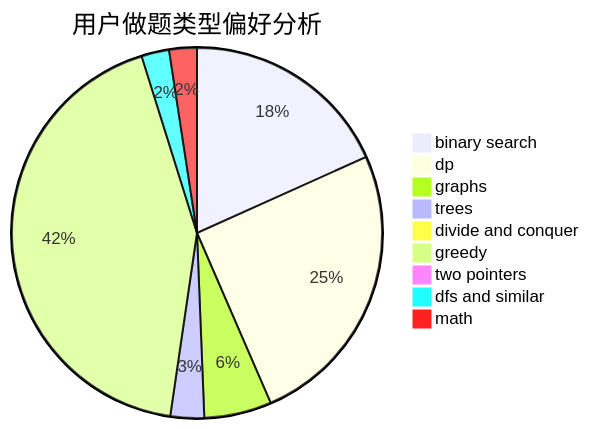
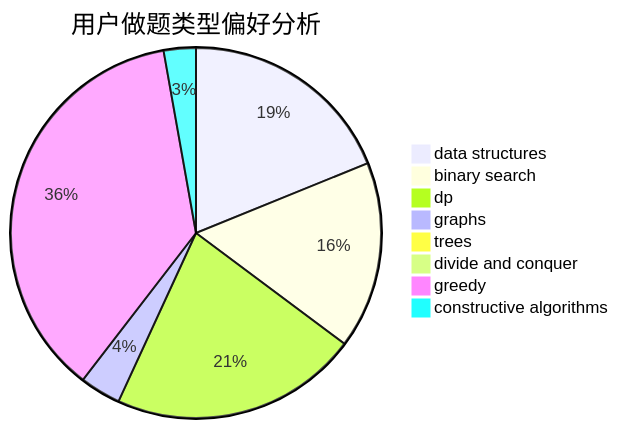
The second of 3 diagrams in docs/user/u2353.md (sherpahu/cfrs.github.io), drawn with Mermaid before and after one commit. The commit also changed other lines of this file and 2775 other files, not shown here.

````diff
--- a/docs/user/u2353.md
+++ b/docs/user/u2353.md
@@ -23,12 +23,11 @@
 ```mermaid
 pie title 用户做题类型偏好分析
-    "binary search" :  174
-    "dp" :  240
-    "graphs" :  56
-    "trees" :  28
-    "divide and conquer" :  8
-    "greedy" :  408
-    "two pointers" :  4
-    "dfs and similar" :  23
-    "math" :  23
+    "data structures" :  195
+    "binary search" :  169
+    "dp" :  224
+    "graphs" :  37
+    "trees" :  9
+    "divide and conquer" :  5
+    "greedy" :  380
+    "constructive algorithms" :  29
 ```
````
